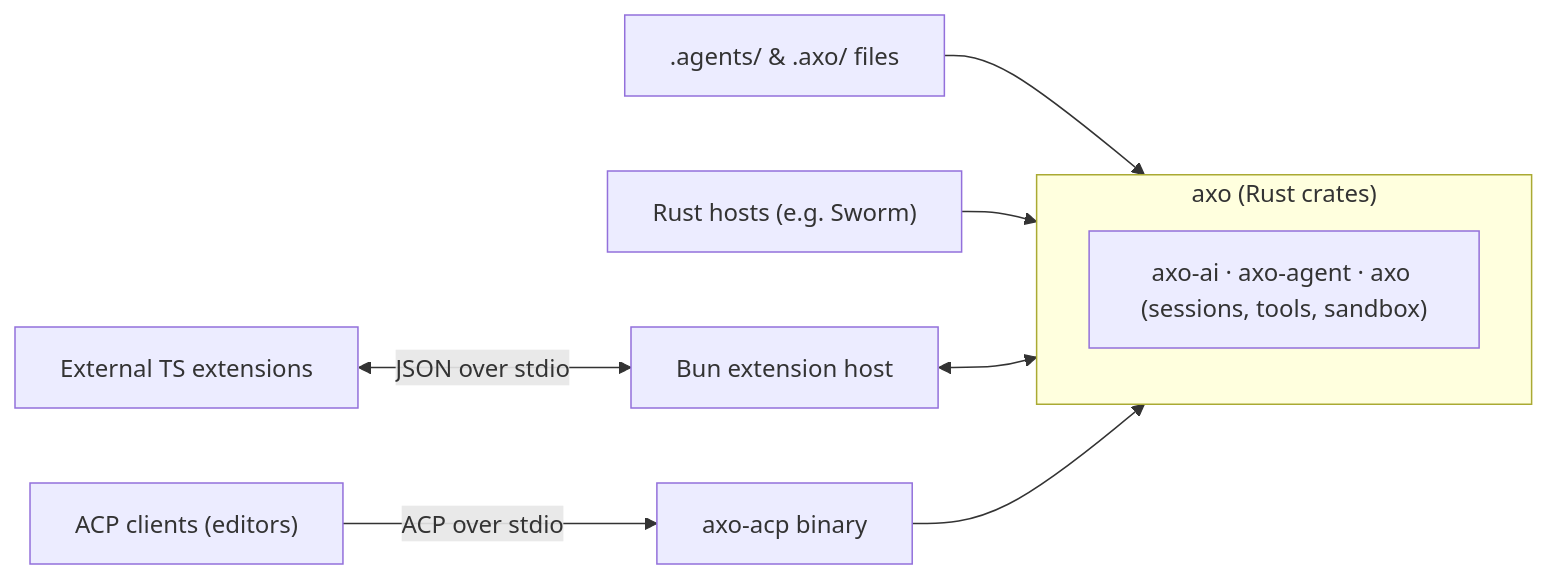
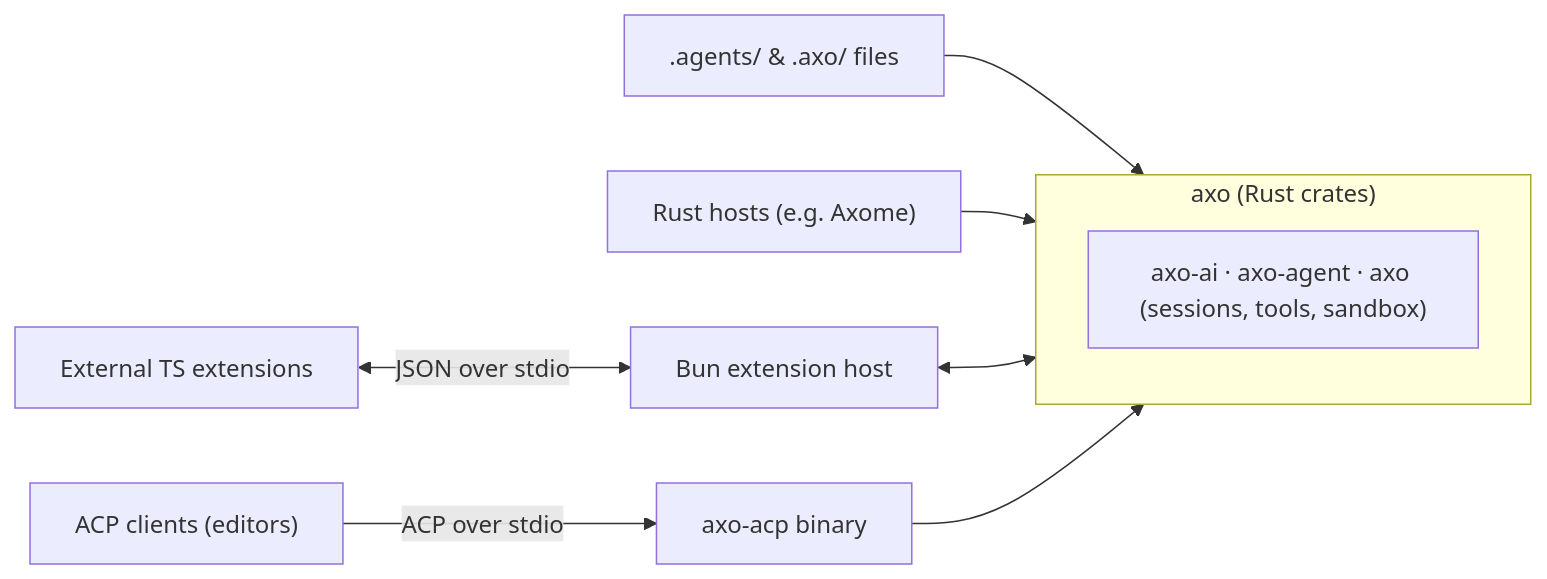
One commit to Axo-Gnosis/Axo changed the diagram in plan/design.md. Above: the diagram before and after it, drawn with Mermaid. The commit also changed other lines of this file and 7 other files, not shown here.

Commit message:
docs: update Sworm to Axome; renamed

````diff
--- a/plan/design.md
+++ b/plan/design.md
@@ -46,10 +46,10 @@
 ```mermaid
 flowchart LR
   D[".agents/ & .axo/ files"] --> C
   subgraph C["axo (Rust crates)"]
     L["axo-ai · axo-agent · axo (sessions, tools, sandbox)"]
   end
-  S["Rust hosts (e.g. Sworm)"] --> C
+  S["Rust hosts (e.g. Axome)"] --> C
   X["External TS extensions"] <-->|JSON over stdio| H["Bun extension host"] <--> C
   R["ACP clients (editors)"] -->|ACP over stdio| A["axo-acp binary"] --> C
 ```
````
